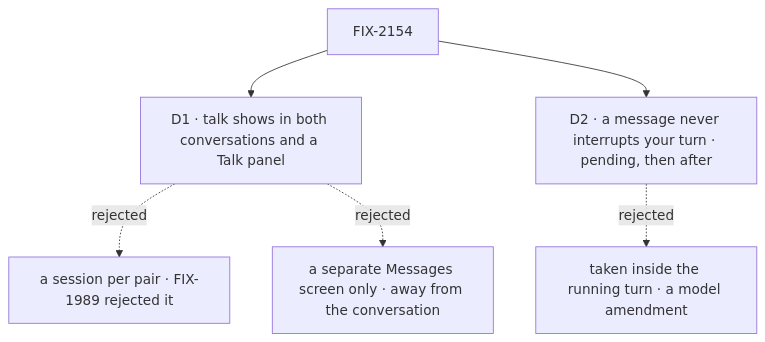
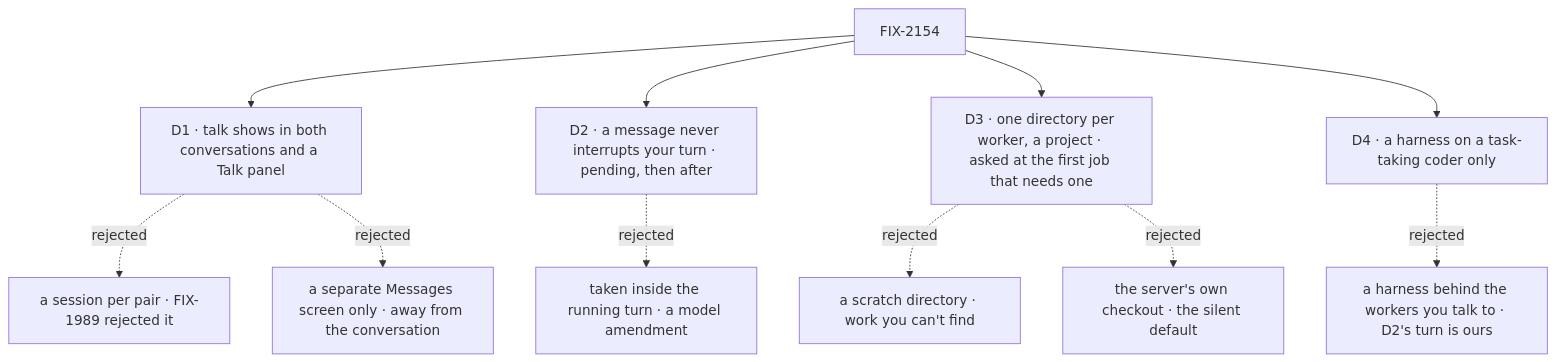
The diagram in specs/issues/FIX-2154/DECISIONS.md (fixpoint-labs/flow-state-dev), drawn with Mermaid before and after one commit. The commit also changed other lines of this file and 4 other files, not shown here.

First line of the commit message:
FIX-2154: amend spec with a directory per worker and a harness on delegated workers (#3804)

````diff
--- a/specs/issues/FIX-2154/DECISIONS.md
+++ b/specs/issues/FIX-2154/DECISIONS.md
@@ -12,8 +13,13 @@
 ```mermaid
 flowchart TD
   I["FIX-2154"] --> D1["D1 · talk shows in both conversations and a Talk panel"]
   D1 -.->|"rejected"| X1["a session per pair · FIX-1989 rejected it"]
   D1 -.->|"rejected"| X2["a separate Messages screen only · away from the conversation"]
   I --> D2["D2 · a message never interrupts your turn · pending, then after"]
   D2 -.->|"rejected"| X3["taken inside the running turn · a model amendment"]
+  I --> D3["D3 · one directory per worker, a project · asked at the first job that needs one"]
+  D3 -.->|"rejected"| X4["a scratch directory · work you can't find"]
+  D3 -.->|"rejected"| X5["the server's own checkout · the silent default"]
+  I --> D4["D4 · a harness on a task-taking coder only"]
+  D4 -.->|"rejected"| X6["a harness behind the workers you talk to · D2's turn is ours"]
 ```
````
